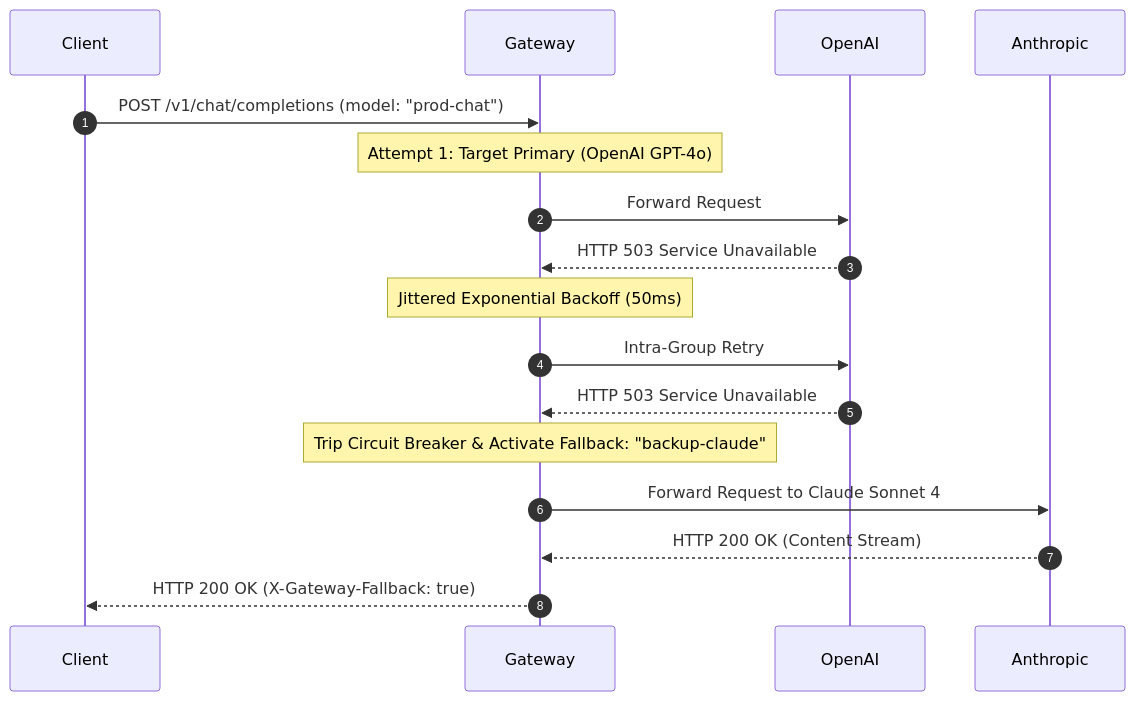
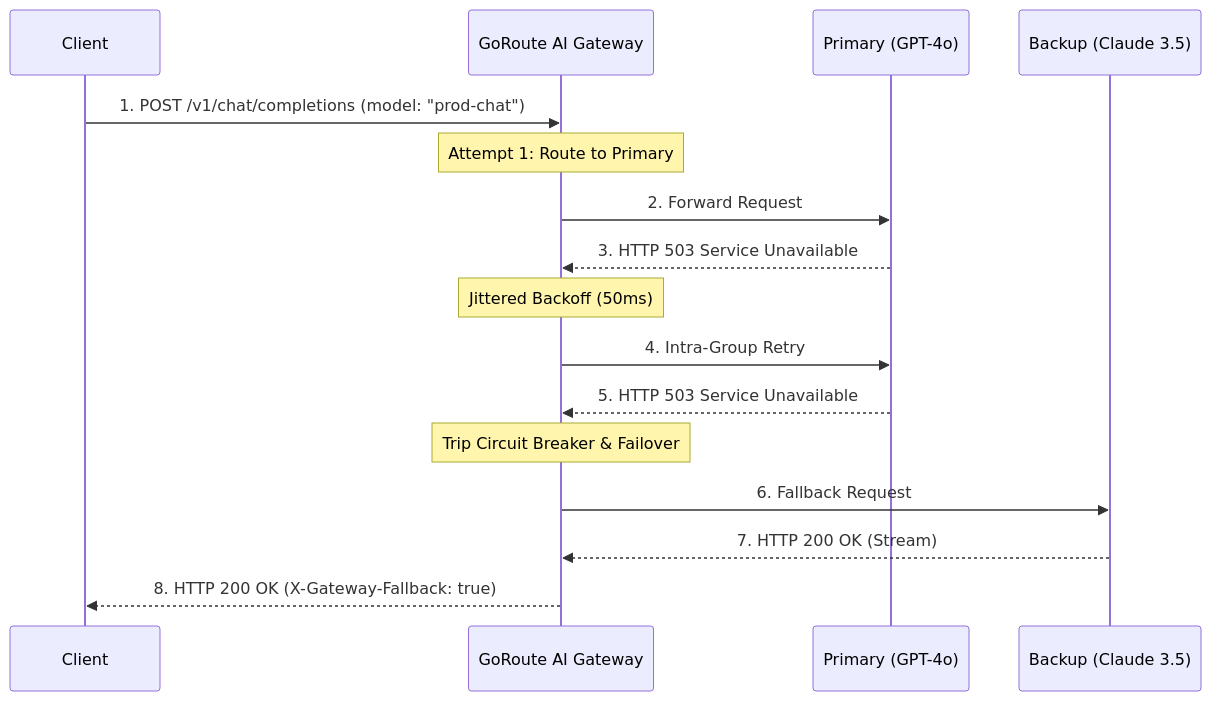
Before and after one commit to goroute-ai/goroute-ai.github.io: the diagram in docs/routing-resiliency/fallbacks-and-retries.md, drawn with Mermaid. The commit also changed 12 other files, not shown here.

Commit message:
fix(mermaid): overhaul sequence diagrams, eliminate parser drops, and polish styling

````diff
--- a/docs/routing-resiliency/fallbacks-and-retries.md
+++ b/docs/routing-resiliency/fallbacks-and-retries.md
@@ -10,15 +10,19 @@
 ```mermaid
 sequenceDiagram
-    autonumber
-    Client ->> Gateway: POST /v1/chat/completions (model: "prod-chat")
-    Note over Gateway: Attempt 1: Target Primary (OpenAI GPT-4o)
-    Gateway ->> OpenAI: Forward Request
-    OpenAI -->> Gateway: HTTP 503 Service Unavailable
-    Note over Gateway: Jittered Exponential Backoff (50ms)
-    Gateway ->> OpenAI: Intra-Group Retry #2
-    OpenAI -->> Gateway: HTTP 503 Service Unavailable
-    Note over Gateway: Trip Circuit Breaker & Activate Fallback: "backup-claude"
-    Gateway ->> Anthropic: Forward Request to Claude Sonnet 4
-    Anthropic -->> Gateway: HTTP 200 OK (Content Stream)
-    Gateway -->> Client: HTTP 200 OK (X-Gateway-Fallback: true)
+    participant Client
+    participant GW as GoRoute AI Gateway
+    participant OpenAI as Primary (GPT-4o)
+    participant Claude as Backup (Claude 3.5)
+
+    Client->>GW: 1. POST /v1/chat/completions (model: "prod-chat")
+    Note over GW: Attempt 1: Route to Primary
+    GW->>OpenAI: 2. Forward Request
+    OpenAI-->>GW: 3. HTTP 503 Service Unavailable
+    Note over GW: Jittered Backoff (50ms)
+    GW->>OpenAI: 4. Intra-Group Retry #2
+    OpenAI-->>GW: 5. HTTP 503 Service Unavailable
+    Note over GW: Trip Circuit Breaker & Failover
+    GW->>Claude: 6. Fallback Request
+    Claude-->>GW: 7. HTTP 200 OK (Stream)
+    GW-->>Client: 8. HTTP 200 OK (X-Gateway-Fallback: true)
 ```
````
